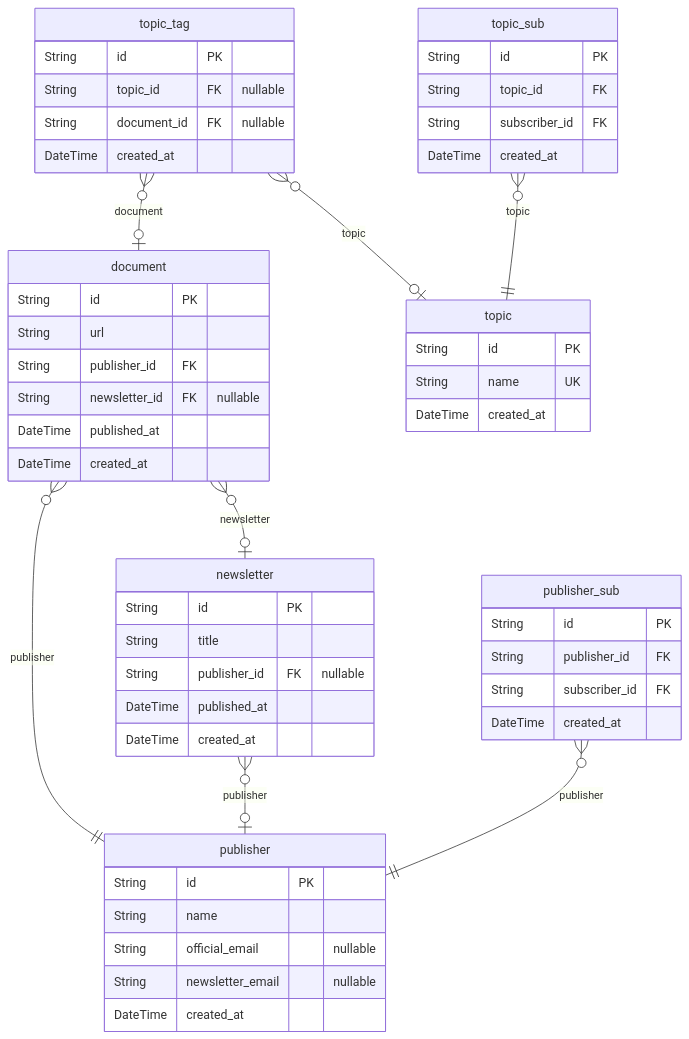
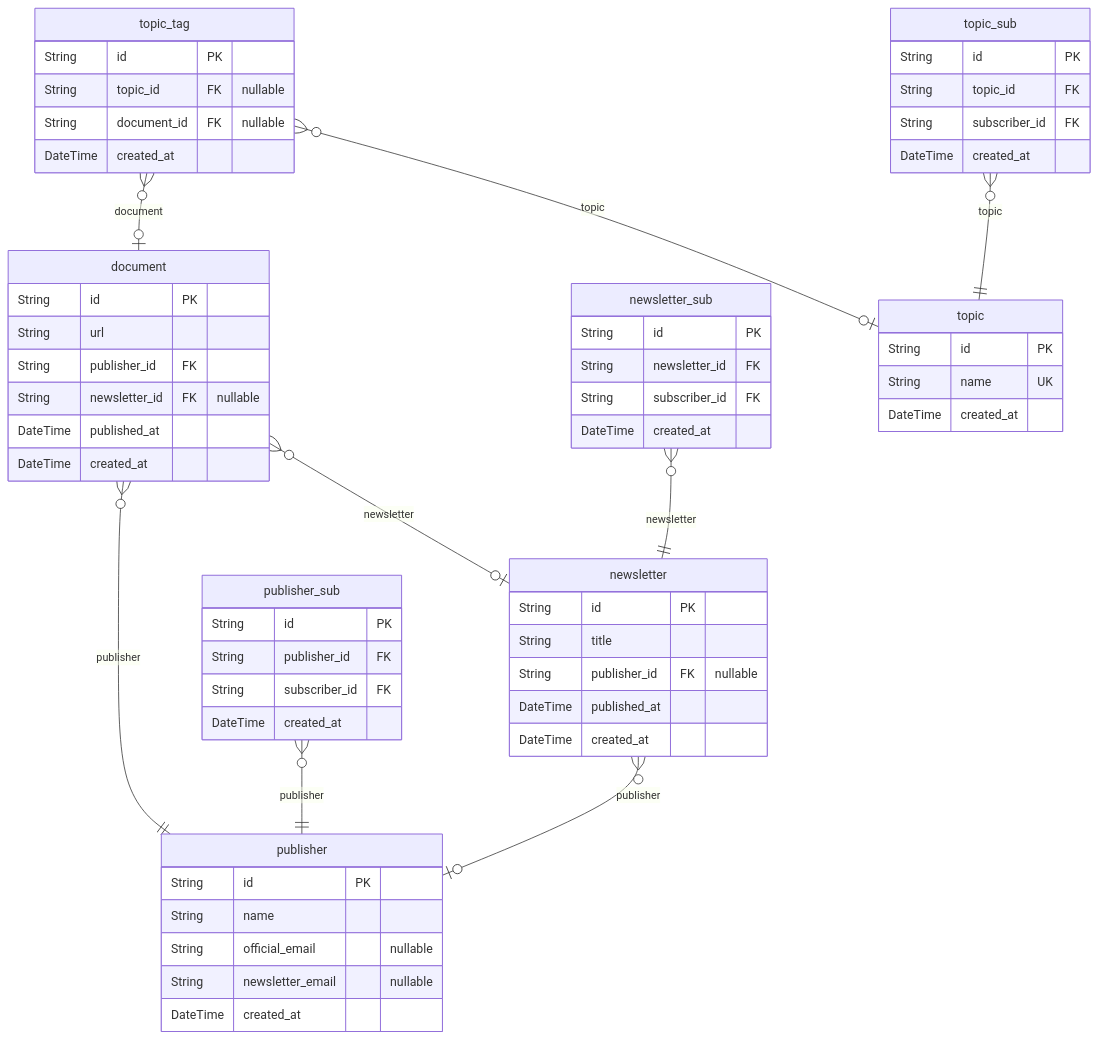
The second of 2 diagrams in docs/ERD.md (Mailly-Project/Mailly-BE), drawn with Mermaid before and after one commit. The commit also changed other lines of this file and 2 other files, not shown here.

Commit message:
feat: newsletter_sub entity

````diff
--- a/docs/ERD.md
+++ b/docs/ERD.md
@@ -178,55 +178,62 @@
 ```mermaid
 erDiagram
 "document" {
   String id PK
   String url
   String publisher_id FK
   String newsletter_id FK "nullable"
   DateTime published_at
   DateTime created_at
 }
 "publisher" {
   String id PK
   String name
   String official_email "nullable"
   String newsletter_email "nullable"
   DateTime created_at
 }
+"publisher_sub" {
+  String id PK
+  String publisher_id FK
+  String subscriber_id FK
+  DateTime created_at
+}
 "newsletter" {
   String id PK
   String title
   String publisher_id FK "nullable"
   DateTime published_at
+  DateTime created_at
+}
+"newsletter_sub" {
+  String id PK
+  String newsletter_id FK
+  String subscriber_id FK
   DateTime created_at
 }
 "topic" {
   String id PK
   String name UK
   DateTime created_at
 }
 "topic_tag" {
   String id PK
   String topic_id FK "nullable"
   String document_id FK "nullable"
   DateTime created_at
 }
 "topic_sub" {
   String id PK
   String topic_id FK
   String subscriber_id FK
   DateTime created_at
 }
-"publisher_sub" {
-  String id PK
-  String publisher_id FK
-  String subscriber_id FK
-  DateTime created_at
-}
 "document" }o--|| "publisher" : publisher
 "document" }o--o| "newsletter" : newsletter
+"publisher_sub" }o--|| "publisher" : publisher
 "newsletter" }o--o| "publisher" : publisher
+"newsletter_sub" }o--|| "newsletter" : newsletter
 "topic_tag" }o--o| "topic" : topic
 "topic_tag" }o--o| "document" : document
 "topic_sub" }o--|| "topic" : topic
-"publisher_sub" }o--|| "publisher" : publisher
 ```
````
